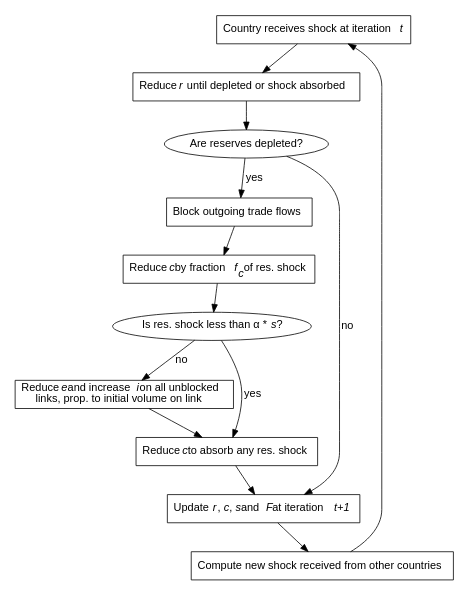
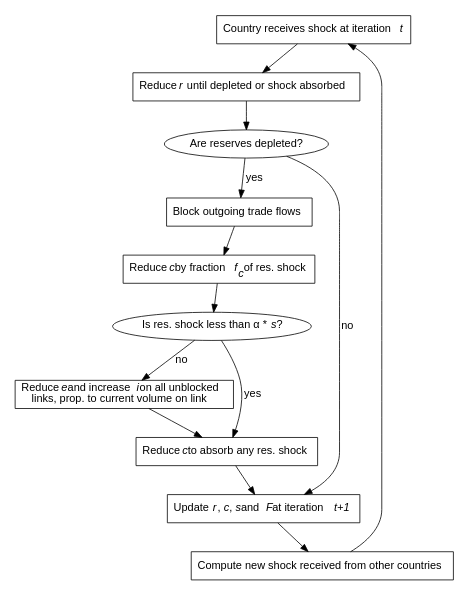
One commit to pmarchand1/cereals-network-shocks changed the diagram in model-flow-chart.gv. Above: the diagram before and after it, drawn with Graphviz. The commit also changed 1 other file, not shown here.

Commit message:
Add model details appendix, small edit to flow chart

```diff
--- a/model-flow-chart.gv
+++ b/model-flow-chart.gv
@@ -1,22 +1,22 @@
 digraph sim_model {
     graph [size = 5]
     
     node [shape = box, fontname = "Helvetica-Narrow"]
     A [label = <Country receives shock at iteration <I>t</I>>]
     B [label = <Reduce <I>r</I>  until depleted or shock absorbed>]
     C [shape = ellipse, label = <Are reserves depleted?>]
     D [label = <Block outgoing trade flows>]
     E [label = <Reduce <I>c</I> by fraction <I>f<SUB>c</SUB></I> of res. shock>]
     F [shape = ellipse, label = <Is res. shock less than &alpha; * <I>s</I>?>]
-    G [label = <Reduce <I>e</I> and increase <I>i</I> on all unblocked <BR/> links, prop. to initial volume on link>]
+    G [label = <Reduce <I>e</I> and increase <I>i</I> on all unblocked <BR/> links, prop. to current volume on link>]
     H [label = <Reduce <I>c</I> to absorb any res. shock>]
     I [label = <Update <I>r</I>, <I>c</I>, <I>s</I> and <I>F</I> at iteration <I>t+1</I>>]
     J [label = <Compute new shock received from other countries>]
 
     edge [fontname = "Helvetica-Narrow"]
     A -> B B -> C
     C -> D [label = " yes"]; C -> I [label = " no"]
     D -> E; E -> F
     F -> H [label = " yes"]; F -> G [label = " no"]
     G -> H; H -> I; I -> J; J -> A
 }
```
